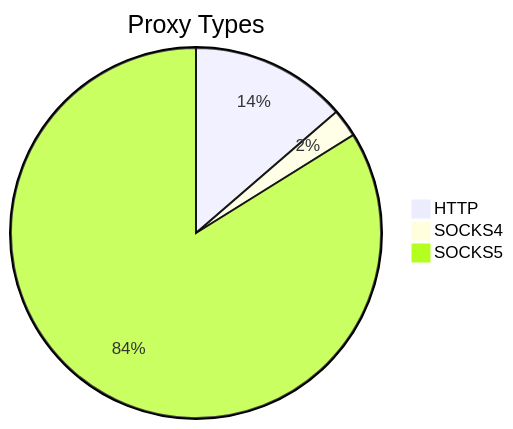
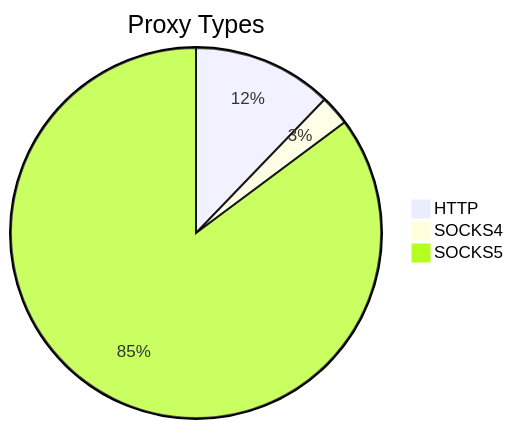
The first of 2 diagrams in README.md (stormsia/proxy-list), drawn with Mermaid before and after one commit. The commit also changed other lines of this file, not shown here.

````diff
--- a/README.md
+++ b/README.md
@@ -21,6 +21,6 @@
 ```mermaid
 pie title Proxy Types
-    "HTTP" : 94
-    "SOCKS4" : 17
-    "SOCKS5" : 577
+    "HTTP" : 70
+    "SOCKS4" : 15
+    "SOCKS5" : 489
 ```
````
